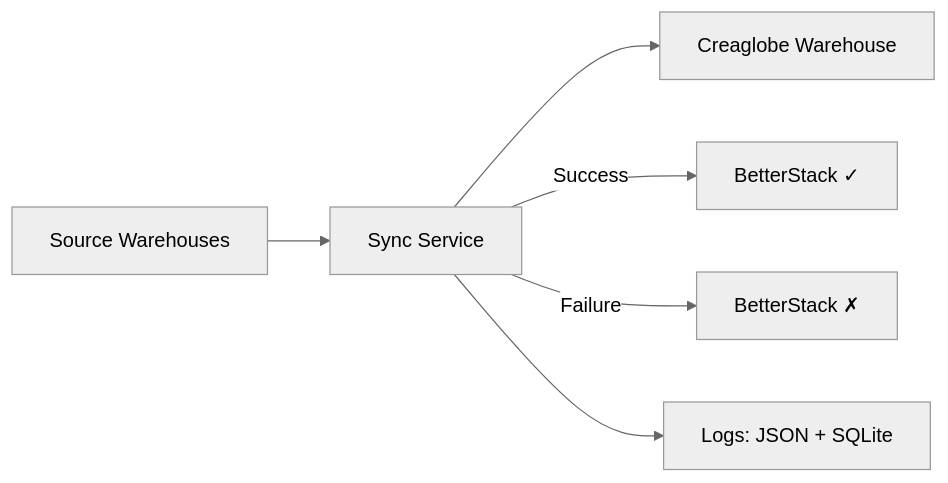
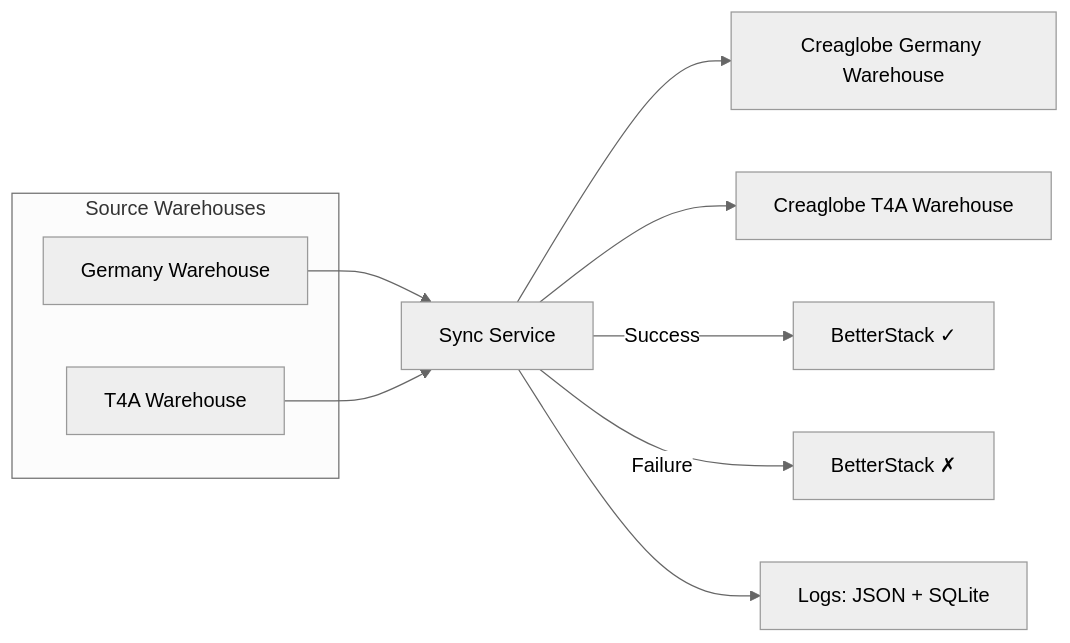
One commit to etiam-si/patrik-metakocka-automation changed the diagram in README.md. Above: the diagram before and after it, drawn with Mermaid (neutral theme).

Commit message:
new flowchart

````diff
--- a/README.md
+++ b/README.md
@@ -31,8 +31,19 @@
 ```mermaid
 flowchart LR
-    A[Source Warehouses] --> B[Sync Service]
-    B --> C[Creaglobe Warehouse]
-    B -->|Success| D[BetterStack ✓]
-    B -->|Failure| E[BetterStack ✗]
-    B --> F[Logs: JSON + SQLite]
+    subgraph Sources[Source Warehouses]
+        A1[Germany Warehouse]
+        A2[T4A Warehouse]
+    end
+
+    A1 --> B[Sync Service]
+    A2 --> B
+
+    B --> C[Creaglobe Germany Warehouse]
+    B --> D[Creaglobe T4A Warehouse]
+
+
+    B -->|Success| E[BetterStack ✓]
+    B -->|Failure| F[BetterStack ✗]
+    B --> G[Logs: JSON + SQLite]
+
 ```
````
